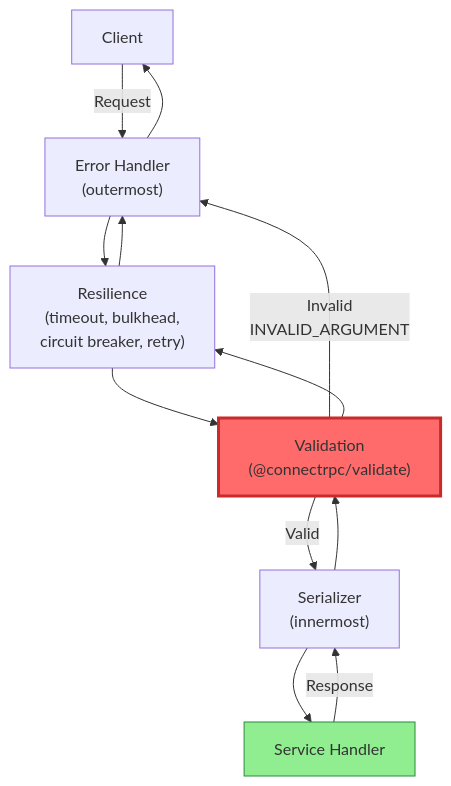
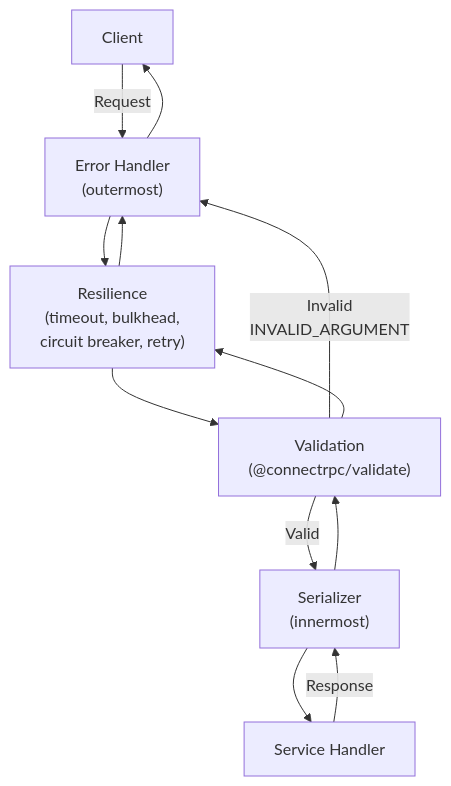
The first of 2 diagrams in en/contributing/adr/005-input-validation-strategy.md (Connectum-Framework/docs), drawn with Mermaid before and after one commit. The commit also changed 10 other files, not shown here.

First line of the commit message:
feat: unify Mermaid diagram theme (#80)

````diff
--- a/en/contributing/adr/005-input-validation-strategy.md
+++ b/en/contributing/adr/005-input-validation-strategy.md
@@ -59,24 +59,24 @@
 ```mermaid
 graph TB
     client["Client"]
     errorHandler["Error Handler<br/>(outermost)"]
     resilience["Resilience<br/>(timeout, bulkhead,<br/>circuit breaker, retry)"]
     validation["Validation<br/>(@connectrpc/validate)"]
     serializer["Serializer<br/>(innermost)"]
     handler["Service Handler"]
 
     client -->|"Request"| errorHandler
     errorHandler --> resilience
     resilience --> validation
     validation -->|"Valid"| serializer
     validation -->|"Invalid<br/>INVALID_ARGUMENT"| errorHandler
     serializer --> handler
     handler -->|"Response"| serializer
     serializer --> validation
     validation --> resilience
     resilience --> errorHandler
     errorHandler --> client
 
-    style validation fill:#ff6b6b,stroke:#c92a2a,stroke-width:3px
-    style handler fill:#90ee90,stroke:#2b8a3e
+    class validation accent
+    class handler positive
 ```
````
